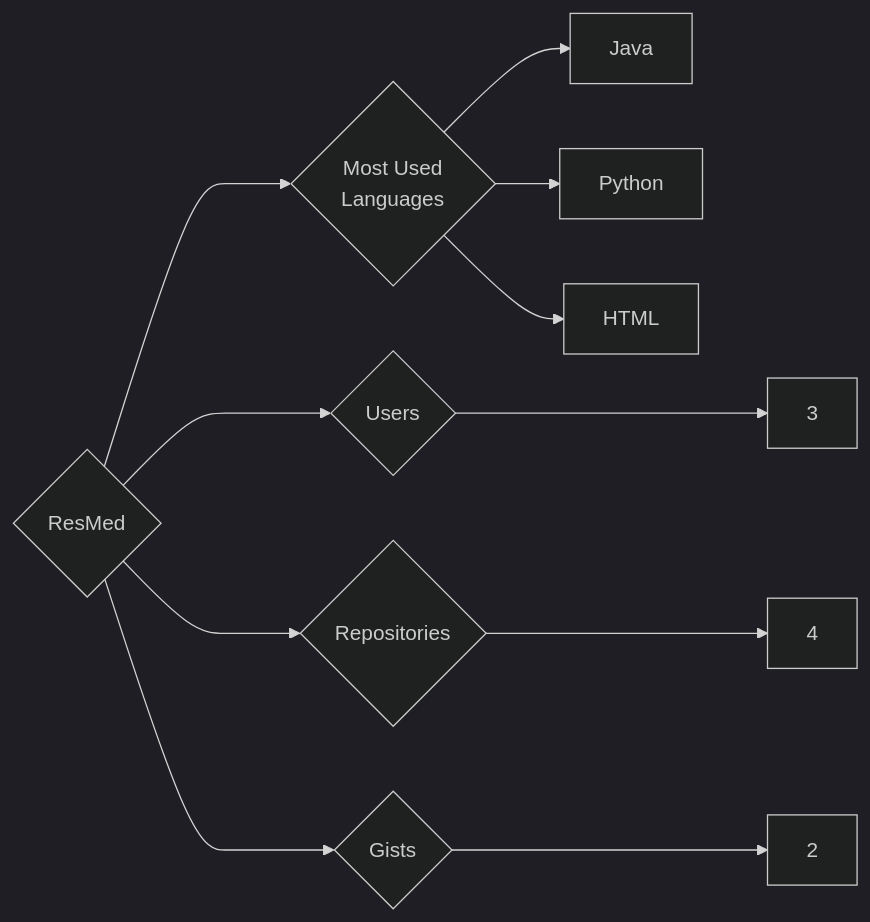
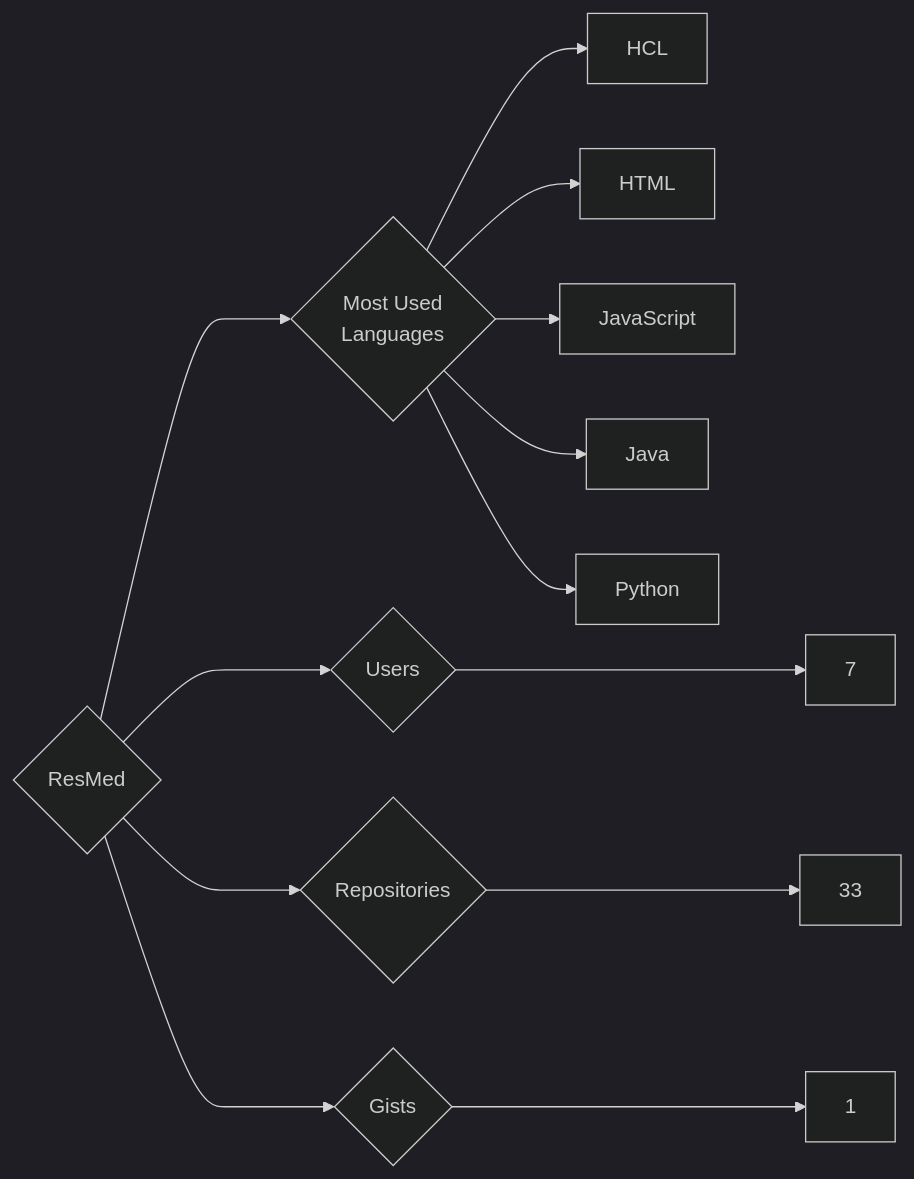
Before and after one commit to trickest/insiders: the diagram in targets/ResMed/README.md, drawn with Mermaid (dark theme). The commit also changed 1508 other files, not shown here.

````diff
--- a/targets/ResMed/README.md
+++ b/targets/ResMed/README.md
@@ -3,11 +3,13 @@
 ```mermaid
 graph LR
 COMPANY_NAME{ResMed}
-COMPANY_NAME ---> U{Users} ---> UN[3]
-COMPANY_NAME ---> R{Repositories} ---> RN[4]
-COMPANY_NAME ---> G{Gists} ---> GN[2]
+COMPANY_NAME ---> U{Users} ---> UN[7]
+COMPANY_NAME ---> R{Repositories} ---> RN[33]
+COMPANY_NAME ---> G{Gists} ---> GN[1]
 COMPANY_NAME ---> ML{Most Used<br>Languages}
+ML --> HCL[HCL]
+ML --> HTML[HTML]
+ML --> JavaScript[JavaScript]
 ML --> Java[Java]
 ML --> Python[Python]
-ML --> HTML[HTML]
 ```
````
